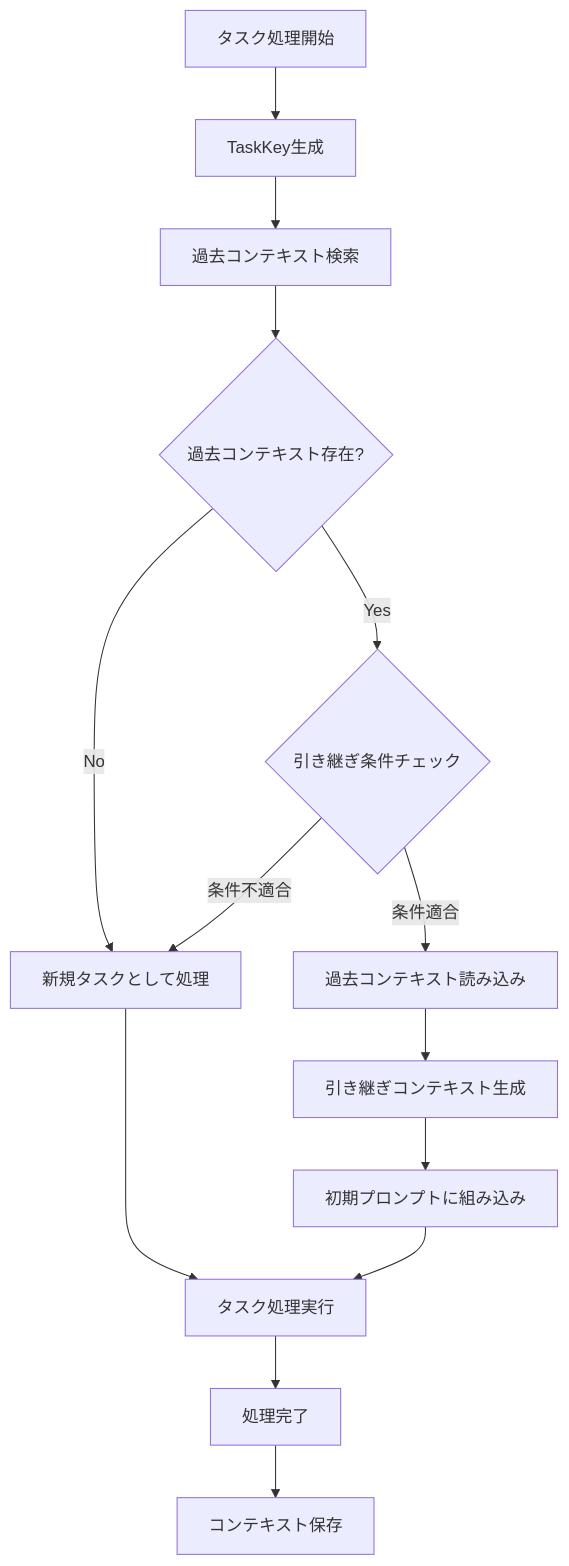
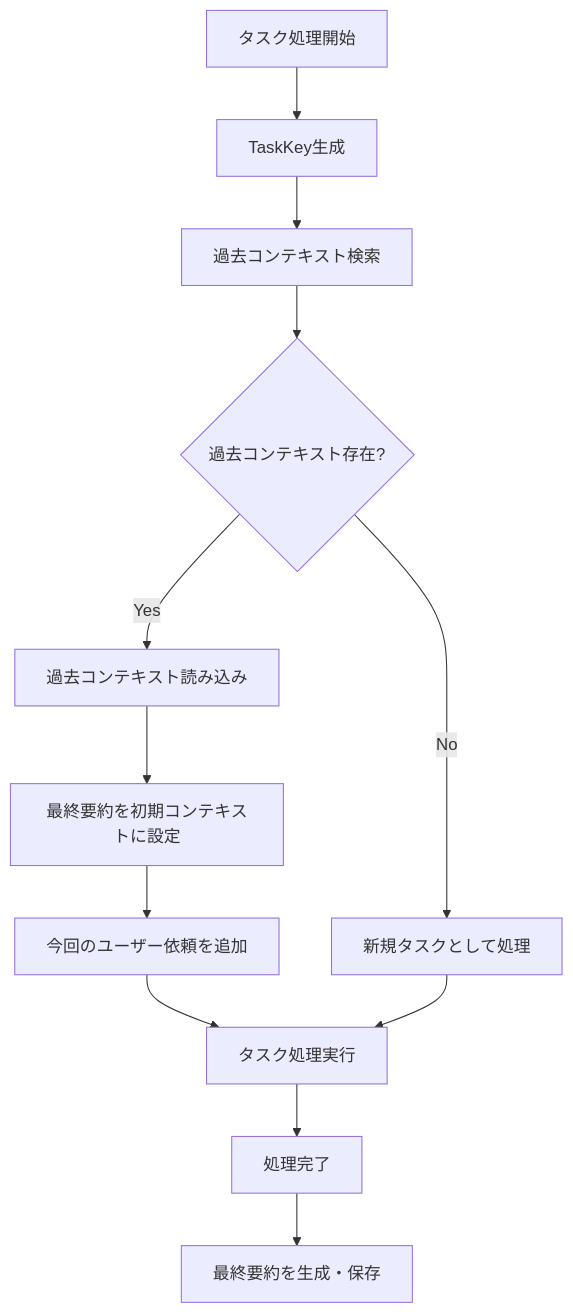
The first of 3 diagrams in docs/spec/CONTEXT_INHERITANCE_SPECIFICATION.md (notfolder/coding_agent), drawn with Mermaid before and after one commit. The commit also changed other lines of this file, not shown here.

````diff
--- a/docs/spec/CONTEXT_INHERITANCE_SPECIFICATION.md
+++ b/docs/spec/CONTEXT_INHERITANCE_SPECIFICATION.md
@@ -68,16 +64,14 @@
 ```mermaid
 flowchart TD
     A[タスク処理開始] --> B[TaskKey生成]
     B --> C[過去コンテキスト検索]
     C --> D{過去コンテキスト存在?}
     D -->|No| E[新規タスクとして処理]
-    D -->|Yes| F{引き継ぎ条件チェック}
-    F -->|条件不適合| E
-    F -->|条件適合| G[過去コンテキスト読み込み]
-    G --> H[引き継ぎコンテキスト生成]
-    H --> I[初期プロンプトに組み込み]
-    I --> J[タスク処理実行]
-    E --> J
-    J --> K[処理完了]
-    K --> L[コンテキスト保存]
+    D -->|Yes| F[過去コンテキスト読み込み]
+    F --> G[最終要約を初期コンテキストに設定]
+    G --> H[今回のユーザー依頼を追加]
+    H --> I[タスク処理実行]
+    E --> I
+    I --> J[処理完了]
+    J --> K[最終要約を生成・保存]
 ```
````
